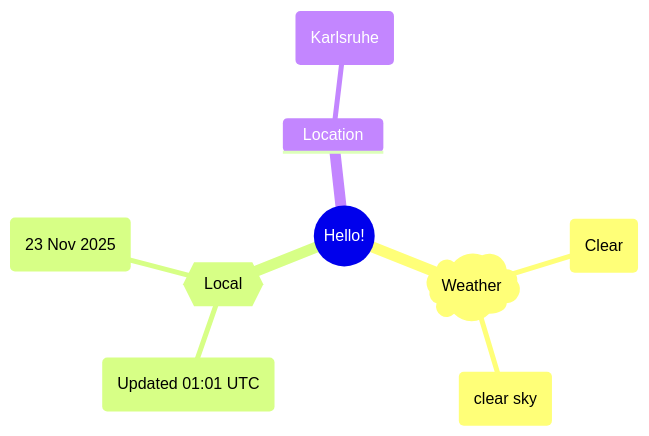
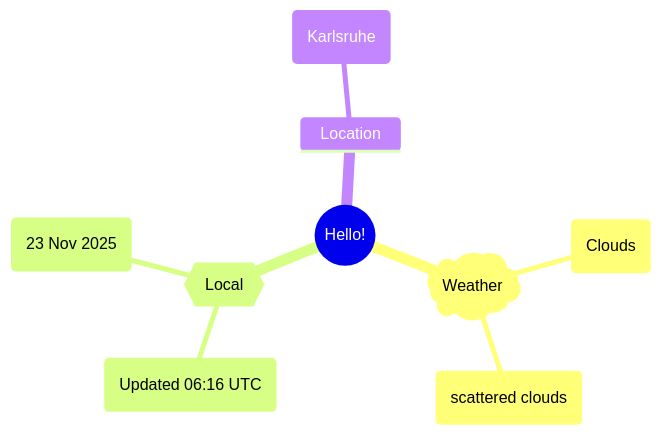
Before and after one commit to Xosrov/Xosrov: the first of 2 diagrams in README.md, drawn with Mermaid.

Commit message:
[bot] updated images

````diff
--- a/README.md
+++ b/README.md
@@ -3,12 +3,12 @@
 ```mermaid
 mindmap
   root((Hello!))
     )Weather(
-        (Clear)
-        (clear sky)
+        (Clouds)
+        (scattered clouds)
     {{Local}}
-        (Updated 01:01 UTC)
+        (Updated 06:16 UTC)
         (23 Nov 2025)
     Location
         (Karlsruhe)
 ```
````
